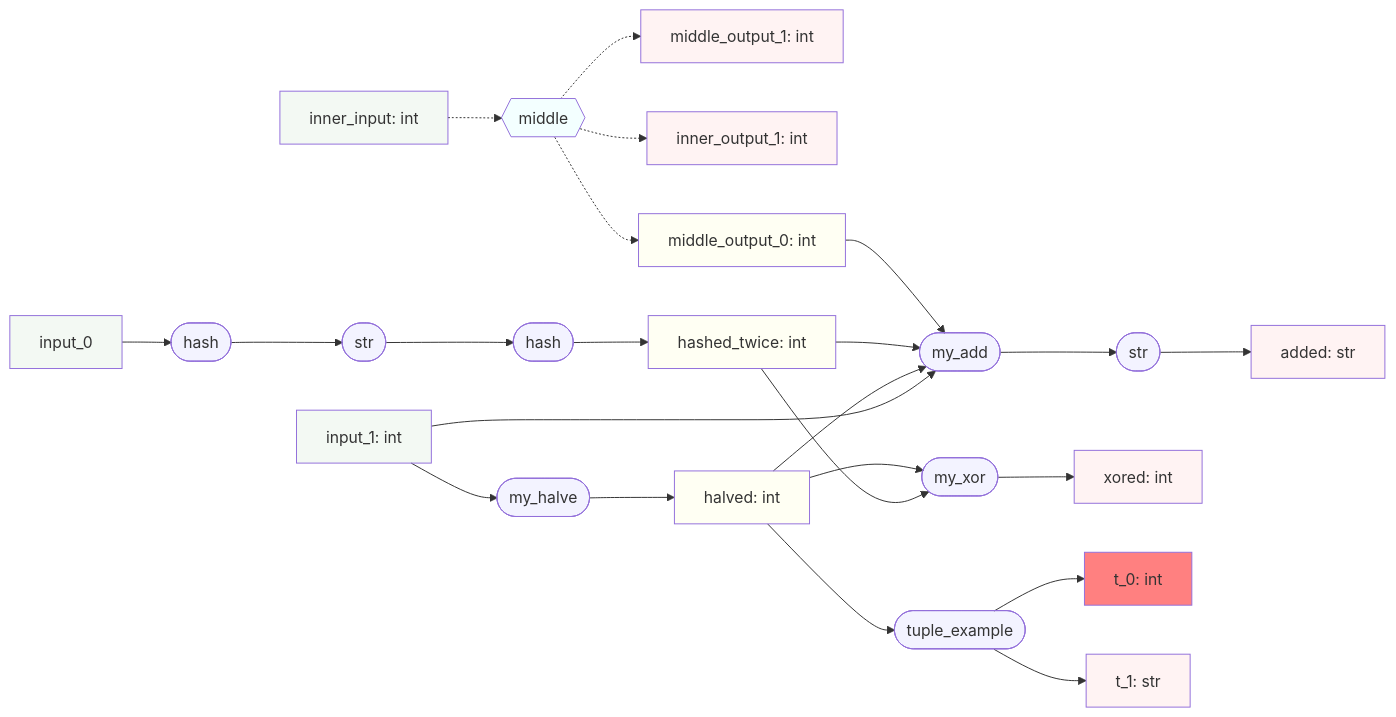
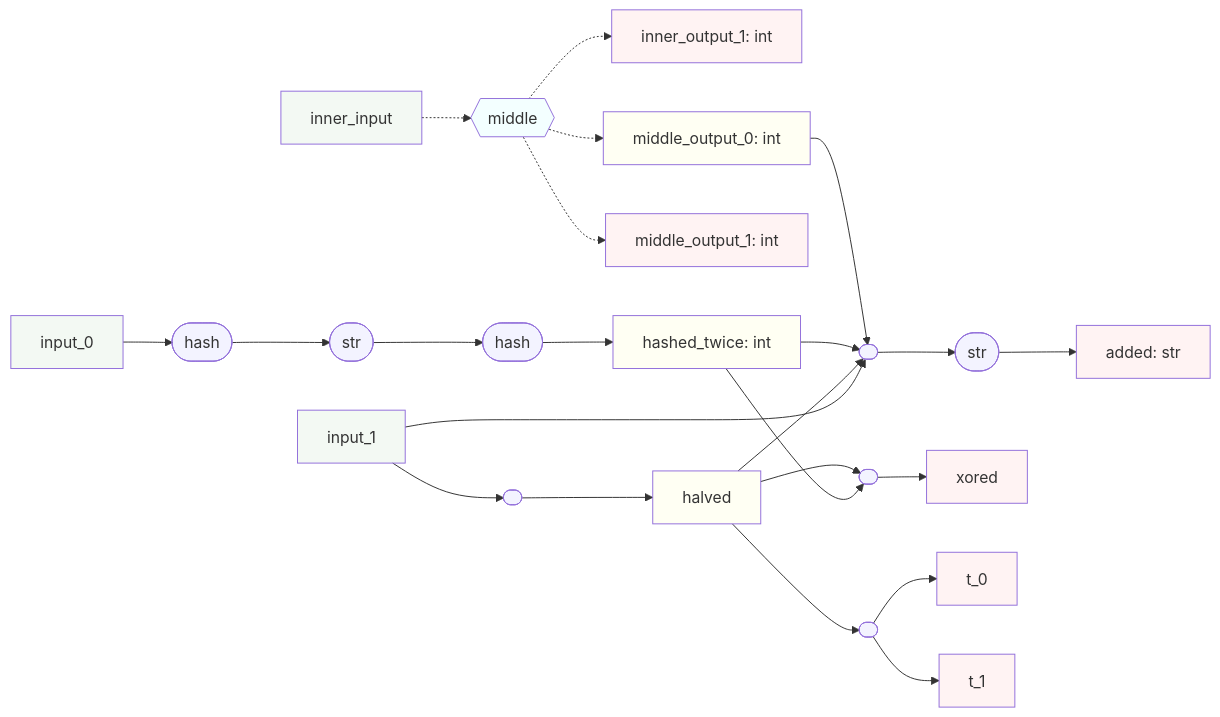
Before and after one commit to rharris115/callable-graph: the third of 3 diagrams in CallableGraph.MD, drawn with Mermaid. The commit also changed other lines of this file and 11 other files, not shown here.

````diff
--- a/CallableGraph.MD
+++ b/CallableGraph.MD
@@ -55,37 +55,37 @@
 ```mermaid
 graph LR
 
   %% Subgraph Edges
-  dn_inner_input["inner_input: int"]:::ks -.-> sg_middle{{"middle"}}:::ss
-  sg_middle -.-> dn_middle_output_1["middle_output_1: int"]:::ts
+  dn_inner_input["inner_input"]:::ks -.-> sg_middle{{"middle"}}:::ss
   sg_middle -.-> dn_inner_output_1["inner_output_1: int"]:::ts
   sg_middle -.-> dn_middle_output_0["middle_output_0: int"]:::is
+  sg_middle -.-> dn_middle_output_1["middle_output_1: int"]:::ts
 
   %% Top Level Edges
   dn_input_0["input_0"]:::ks --> f_4_0(["hash"]):::fs
   f_4_0 --> f_4_1(["str"]):::fs
   f_4_1 --> f_4_2(["hash"]):::fs
   f_4_2 --> dn_hashed_twice["hashed_twice: int"]:::is
-  dn_input_1["input_1: int"]:::ks --> f_5_0(["my_halve"]):::fs
-  f_5_0 --> dn_halved["halved: int"]:::is
-  dn_middle_output_0 --> f_6_0(["my_add"]):::fs
+  dn_input_1["input_1"]:::ks --> f_5_0(["<lambda>"]):::fs
+  f_5_0 --> dn_halved["halved"]:::is
+  dn_middle_output_0 --> f_6_0(["<lambda>"]):::fs
   dn_hashed_twice --> f_6_0
   dn_halved --> f_6_0
   dn_input_1 --> f_6_0
   f_6_0 --> f_6_1(["str"]):::fs
   f_6_1 --> dn_added["added: str"]:::ts
-  dn_halved --> f_7_0(["my_xor"]):::fs
+  dn_halved --> f_7_0(["<lambda>"]):::fs
   dn_hashed_twice --> f_7_0
-  f_7_0 --> dn_xored["xored: int"]:::ts
-  dn_halved --> f_8_0(["tuple_example"]):::fs
-  f_8_0 --> dn_t_0["t_0: int"]:::rs
-  f_8_0 --> dn_t_1["t_1: str"]:::ts
+  f_7_0 --> dn_xored["xored"]:::ts
+  dn_halved --> f_8_0(["<lambda>"]):::fs
+  f_8_0 --> dn_t_0["t_0"]:::ts
+  f_8_0 --> dn_t_1["t_1"]:::ts
 
   %% Styling
   classDef ks fill:#0080000c;
   classDef is fill:#ffff000c;
   classDef ts fill:#ff00000c;
   classDef ss fill:#00ffff0c;
   classDef fs fill:#0000ff0c;
   classDef rs fill:#ff00007f;
 ```
````
